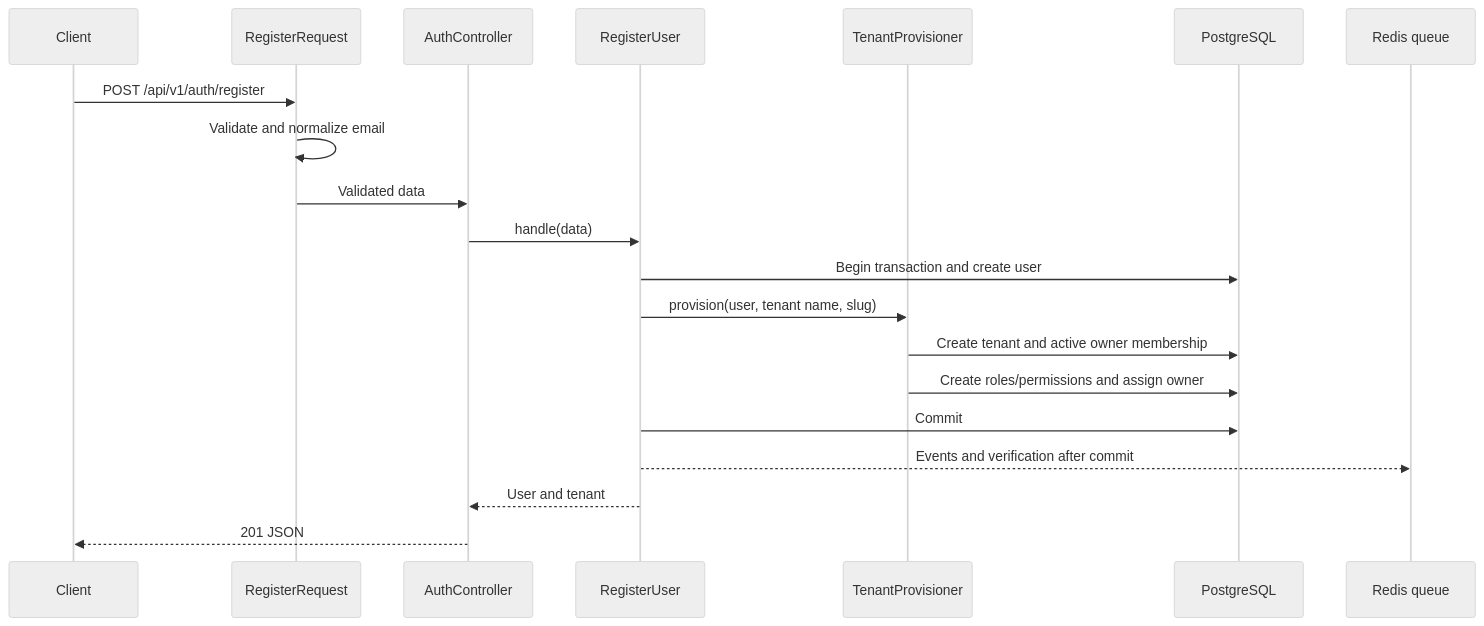
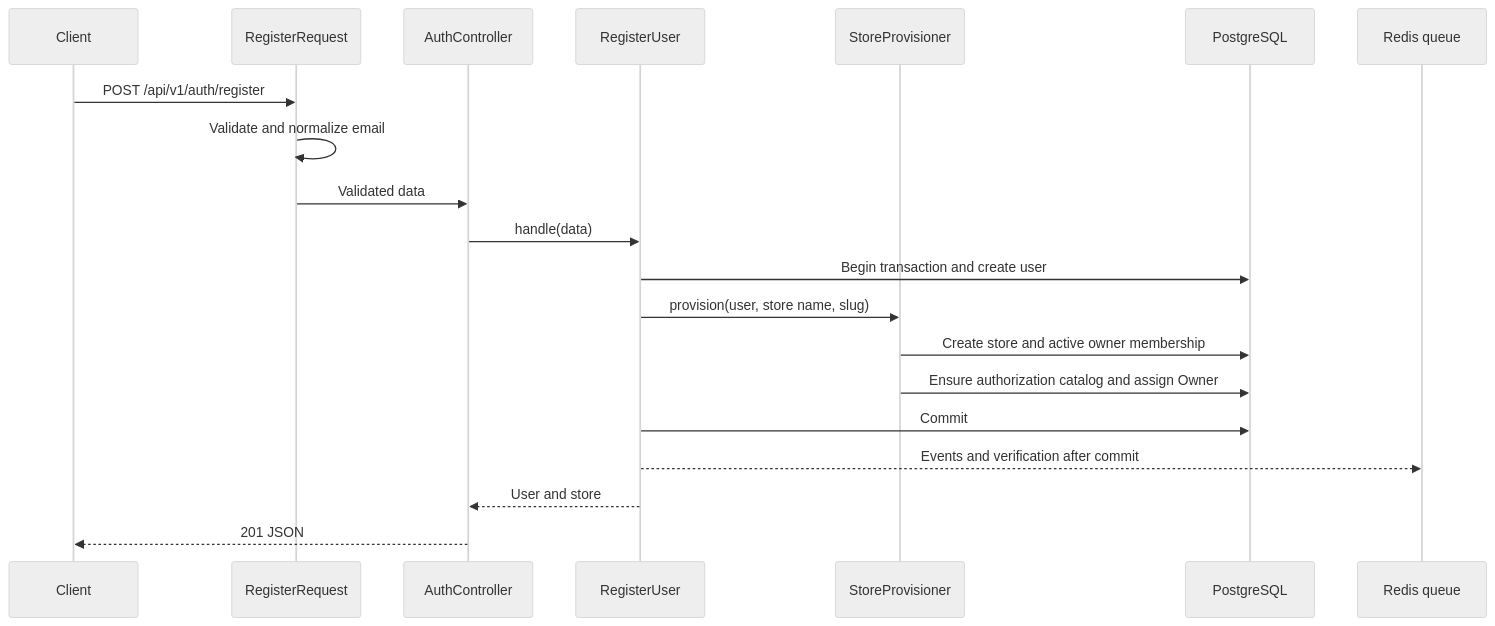
The third of 4 diagrams in docs/developer-guide.md (fzeeso/shopnxebk), drawn with Mermaid (neutral theme) before and after one commit. The commit also changed other lines of this file and 145 other files, not shown here.

````diff
--- a/docs/developer-guide.md
+++ b/docs/developer-guide.md
@@ -126,23 +135,23 @@
 ```mermaid
 sequenceDiagram
     participant Client
     participant Request as RegisterRequest
     participant Controller as AuthController
     participant Register as RegisterUser
-    participant Provision as TenantProvisioner
+    participant Provision as StoreProvisioner
     participant DB as PostgreSQL
     participant Queue as Redis queue
 
     Client->>Request: POST /api/v1/auth/register
     Request->>Request: Validate and normalize email
     Request->>Controller: Validated data
     Controller->>Register: handle(data)
     Register->>DB: Begin transaction and create user
-    Register->>Provision: provision(user, tenant name, slug)
-    Provision->>DB: Create tenant and active owner membership
-    Provision->>DB: Create roles/permissions and assign owner
+    Register->>Provision: provision(user, store name, slug)
+    Provision->>DB: Create store and active owner membership
+    Provision->>DB: Ensure authorization catalog and assign Owner
     Register->>DB: Commit
     Register-->>Queue: Events and verification after commit
-    Register-->>Controller: User and tenant
+    Register-->>Controller: User and store
     Controller-->>Client: 201 JSON
 ```
````
